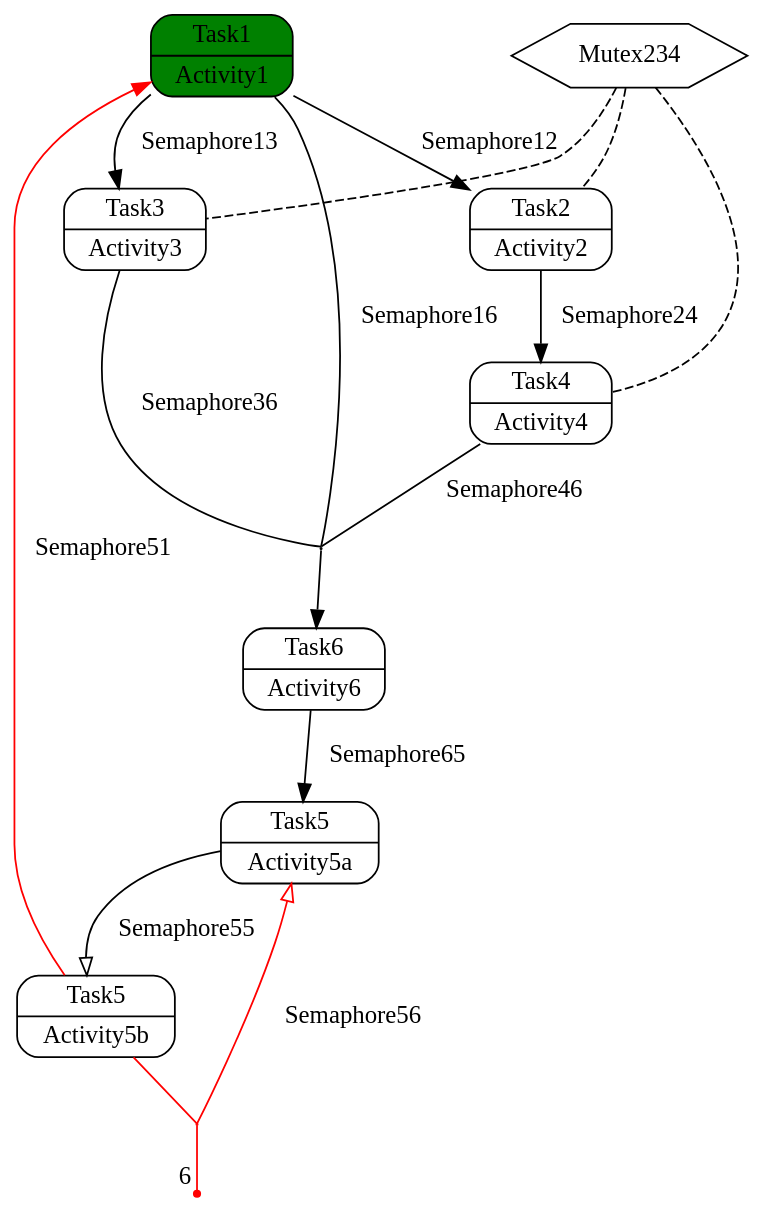
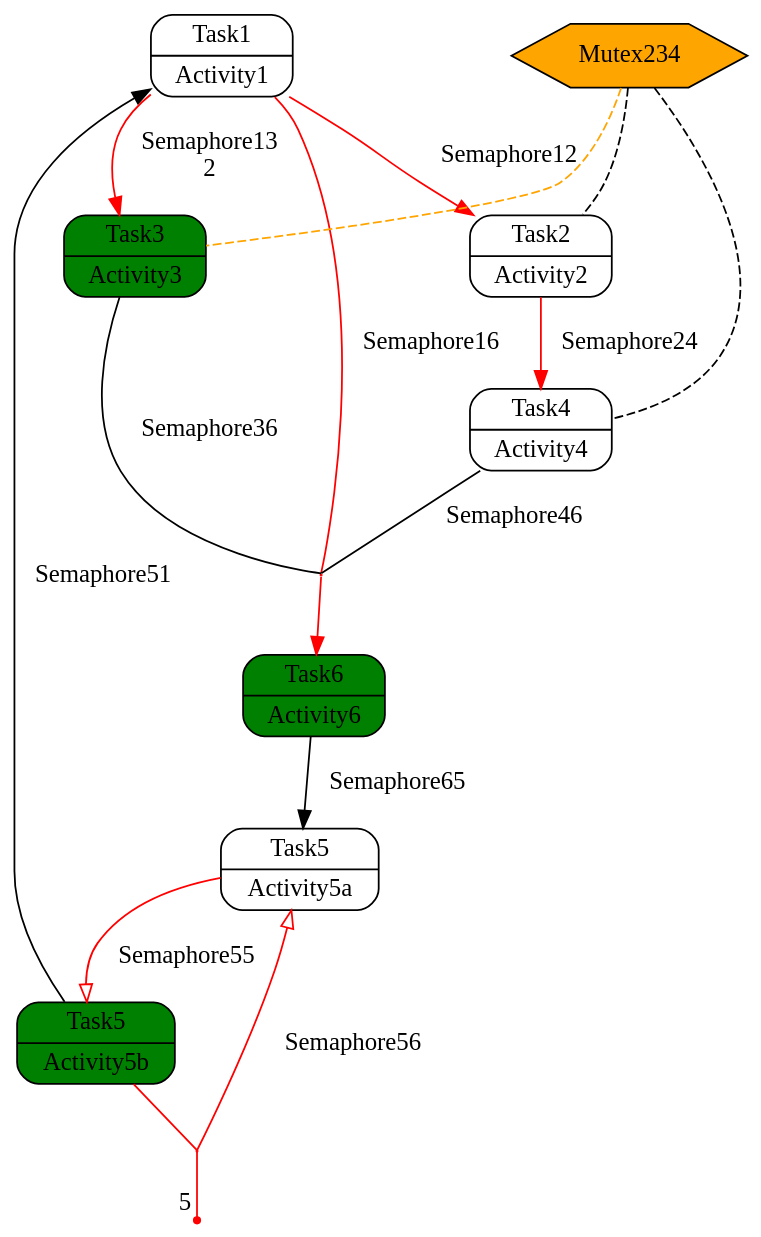
One commit to AdrianW424/Echtzeitsysteme_Projekt changed the diagram in src/Digraph.gv. Above: the diagram before and after it, drawn with Graphviz. The commit also changed 4 other files, not shown here.

```diff
--- a/src/Digraph.gv
+++ b/src/Digraph.gv
@@ -1,33 +1,34 @@
 // Flowchart
 digraph {
 	graph [bgcolor=transparent]
 	size="10,10"
-	Activity1 [label="{Task1|Activity1}" color=black fillcolor=green fontcolor=black shape=record style="rounded,filled"]
+	Activity1 [label="{Task1|Activity1}" color=black fillcolor=transparent fontcolor=black shape=record style="rounded,filled"]
 	Activity2 [label="{Task2|Activity2}" color=black fillcolor=transparent fontcolor=black shape=record style="rounded,filled"]
-	Activity3 [label="{Task3|Activity3}" color=black fillcolor=transparent fontcolor=black shape=record style="rounded,filled"]
+	Activity3 [label="{Task3|Activity3}" color=black fillcolor=green fontcolor=black shape=record style="rounded,filled"]
 	Activity4 [label="{Task4|Activity4}" color=black fillcolor=transparent fontcolor=black shape=record style="rounded,filled"]
 	Activity5 [label="{Task5|Activity5a}" color=black fillcolor=transparent fontcolor=black shape=record style="rounded,filled"]
-	Activity7 [label="{Task5|Activity5b}" color=black fillcolor=transparent fontcolor=black shape=record style="rounded,filled"]
-	Activity6 [label="{Task6|Activity6}" color=black fillcolor=transparent fontcolor=black shape=record style="rounded,filled"]
-	Mutex234 [label=Mutex234 color=black fillcolor=transparent fontcolor=black shape=polygon sides=6 style=filled]
+	Activity7 [label="{Task5|Activity5b}" color=black fillcolor=green fontcolor=black shape=record style="rounded,filled"]
+	Activity6 [label="{Task6|Activity6}" color=black fillcolor=green fontcolor=black shape=record style="rounded,filled"]
+	Mutex234 [label=Mutex234 color=black fillcolor=orange fontcolor=black shape=polygon sides=6 style=filled]
 	Mutex234 -> Activity2 [arrowhead=none color=black splines=polyline style=dashed]
-	Mutex234 -> Activity3 [arrowhead=none color=black splines=polyline style=dashed]
+	Mutex234 -> Activity3 [arrowhead=none color=orange splines=polyline style=dashed]
 	Mutex234 -> Activity4 [arrowhead=none color=black splines=polyline style=dashed]
-	Activity1 -> Activity2 [label=Semaphore12 color=black fontcolor=black splines=polyline]
-	Activity1 -> Activity3 [label=Semaphore13 color=black fontcolor=black splines=polyline]
-	Dummy0 [color=black height=0.01 shape=point width=0.01]
-	Activity1 -> Dummy0 [label=Semaphore16 arrowhead=none color=black fontcolor=black splines=polyline]
+	Activity1 -> Activity2 [label=Semaphore12 color=red fontcolor=black splines=polyline]
+	Activity1 -> Activity3 [label="Semaphore13
+2" color=red fontcolor=black splines=polyline]
+	Dummy0 [color=red height=0.01 shape=point width=0.01]
+	Activity1 -> Dummy0 [label=Semaphore16 arrowhead=none color=red fontcolor=black splines=polyline]
 	Activity3 -> Dummy0 [label=Semaphore36 arrowhead=none color=black fontcolor=black splines=polyline]
 	Activity4 -> Dummy0 [label=Semaphore46 arrowhead=none color=black fontcolor=black splines=polyline]
-	Dummy0 [color=black height=0.01 shape=point width=0.01]
-	Dummy0 -> Activity6 [arrowhead=normal color=black splines=polyline]
-	Activity2 -> Activity4 [label=Semaphore24 color=black fontcolor=black splines=polyline]
-	Activity5 -> Activity7 [label=Semaphore55 arrowhead=onormal color=black fontcolor=black splines=polyline]
-	Activity7 -> Activity1 [label=Semaphore51 color=red fontcolor=black splines=polyline]
+	Dummy0 [color=red height=0.01 shape=point width=0.01]
+	Dummy0 -> Activity6 [arrowhead=normal color=red splines=polyline]
+	Activity2 -> Activity4 [label=Semaphore24 color=red fontcolor=black splines=polyline]
+	Activity5 -> Activity7 [label=Semaphore55 arrowhead=onormal color=red fontcolor=black splines=polyline]
+	Activity7 -> Activity1 [label=Semaphore51 color=black fontcolor=black splines=polyline]
 	Dummy1 [color=red height=0.01 shape=point width=0.01]
 	Activity7 -> Dummy1 [arrowhead=none color=red splines=polyline]
 	Dummy1 -> Activity5 [label=Semaphore56 arrowhead=onormal color=red fontcolor=black splines=polyline]
-	Dummy2 [color=red fontcolor=black shape=point xlabel=6]
+	Dummy2 [color=red fontcolor=black shape=point xlabel=5]
 	Dummy1 -> Dummy2 [arrowhead=none color=red splines=polyline]
 	Activity6 -> Activity5 [label=Semaphore65 color=black fontcolor=black splines=polyline]
 }
```
